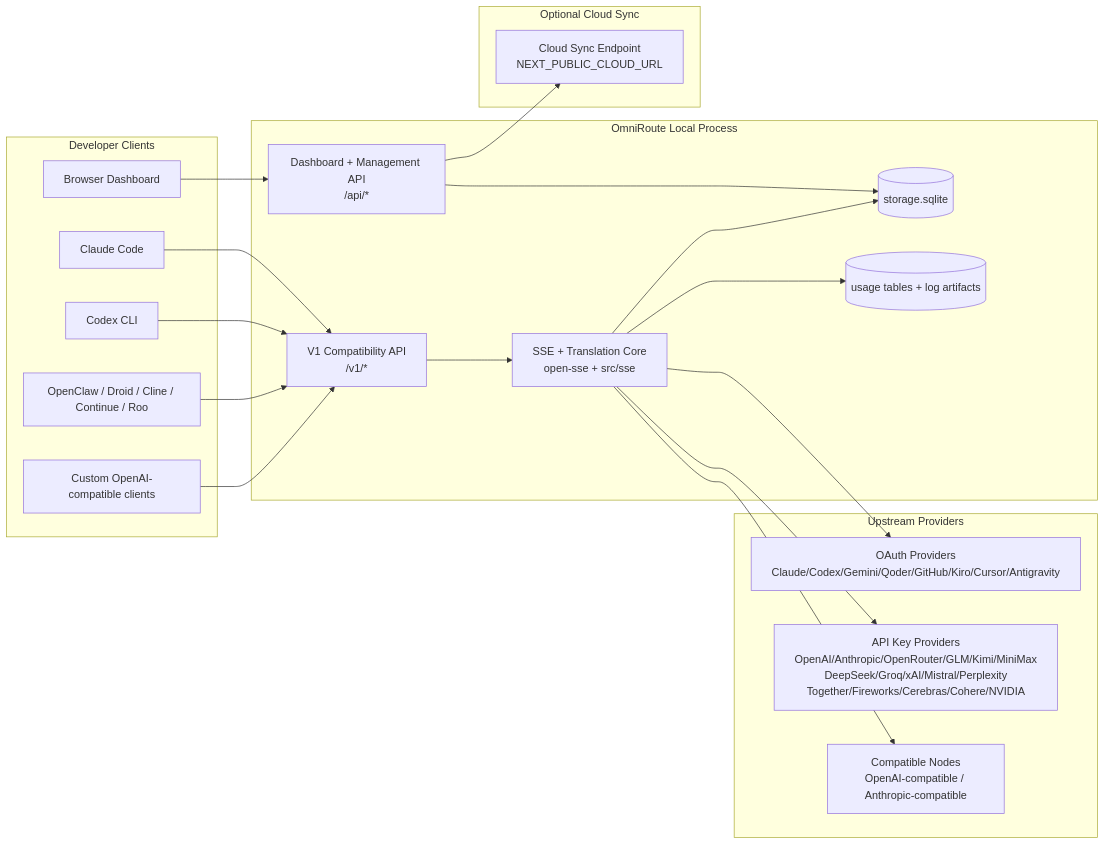
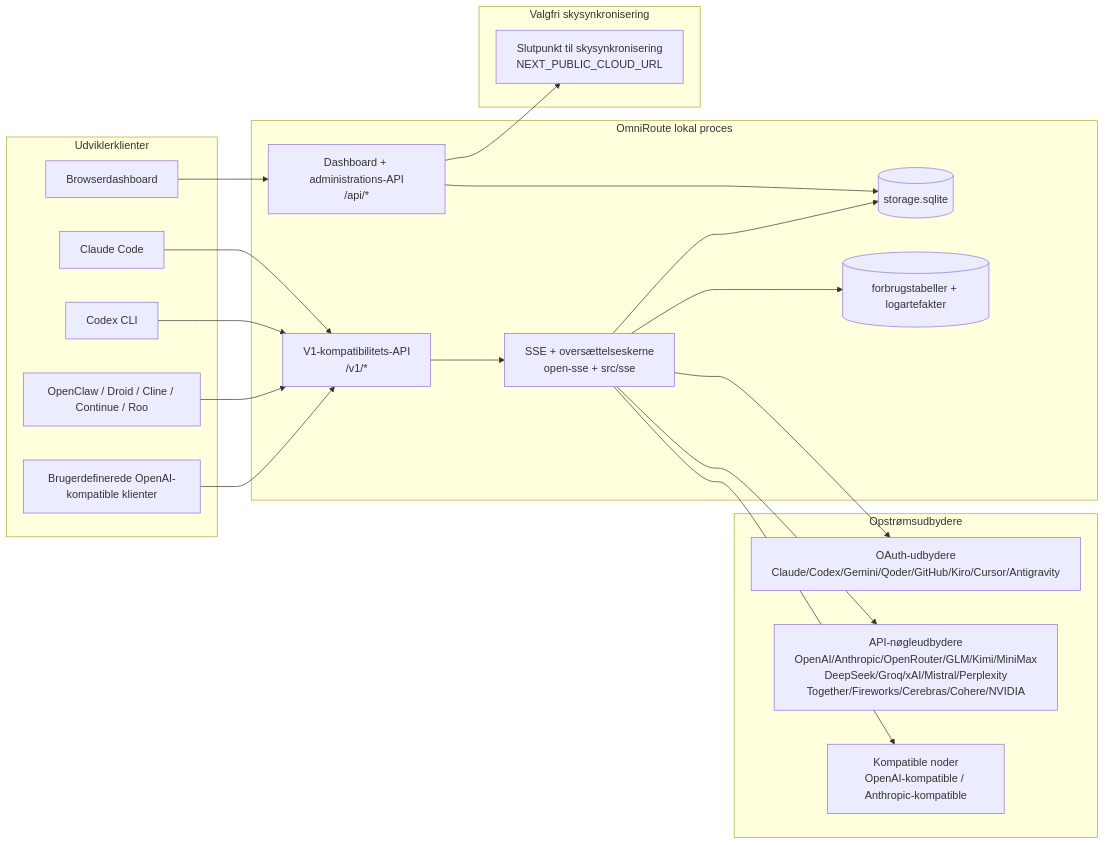
The first of 7 diagrams in docs/i18n/da/docs/architecture/ARCHITECTURE.md (diegosouzapw/OmniRoute), drawn with Mermaid before and after one commit. The commit also changed other lines of this file and 66 other files, not shown here.

Commit message:
docs(i18n): sync docs/architecture/ARCHITECTURE.md mirrors with the base

````diff
--- a/docs/i18n/da/docs/architecture/ARCHITECTURE.md
+++ b/docs/i18n/da/docs/architecture/ARCHITECTURE.md
@@ -157,45 +157,45 @@
 ```mermaid
 flowchart LR
-    subgraph Clients[Developer Clients]
+    subgraph Clients[Udviklerklienter]
         C1[Claude Code]
         C2[Codex CLI]
         C3[OpenClaw / Droid / Cline / Continue / Roo]
-        C4[Custom OpenAI-compatible clients]
-        BROWSER[Browser Dashboard]
+        C4[Brugerdefinerede OpenAI-kompatible klienter]
+        BROWSER[Browserdashboard]
     end
 
-    subgraph Router[OmniRoute Local Process]
-        API[V1 Compatibility API\n/v1/*]
-        DASH[Dashboard + Management API\n/api/*]
-        CORE[SSE + Translation Core\nopen-sse + src/sse]
+    subgraph Router[OmniRoute lokal proces]
+        API[V1-kompatibilitets-API\n/v1/*]
+        DASH[Dashboard + administrations-API\n/api/*]
+        CORE[SSE + oversættelseskerne\nopen-sse + src/sse]
         DB[(storage.sqlite)]
-        UDB[(usage tables + log artifacts)]
+        UDB[(forbrugstabeller + logartefakter)]
     end
 
-    subgraph Upstreams[Upstream Providers]
-        P1[OAuth Providers\nClaude/Codex/Gemini/Qoder/GitHub/Kiro/Cursor/Antigravity]
-        P2[API Key Providers\nOpenAI/Anthropic/OpenRouter/GLM/Kimi/MiniMax\nDeepSeek/Groq/xAI/Mistral/Perplexity\nTogether/Fireworks/Cerebras/Cohere/NVIDIA]
-        P3[Compatible Nodes\nOpenAI-compatible / Anthropic-compatible]
+    subgraph Upstreams[Opstrømsudbydere]
+        P1[OAuth-udbydere\nClaude/Codex/Gemini/Qoder/GitHub/Kiro/Cursor/Antigravity]
+        P2[API-nøgleudbydere\nOpenAI/Anthropic/OpenRouter/GLM/Kimi/MiniMax\nDeepSeek/Groq/xAI/Mistral/Perplexity\nTogether/Fireworks/Cerebras/Cohere/NVIDIA]
+        P3[Kompatible noder\nOpenAI-kompatible / Anthropic-kompatible]
     end
 
-    subgraph Cloud[Optional Cloud Sync]
-        CLOUD[Cloud Sync Endpoint\nNEXT_PUBLIC_CLOUD_URL]
+    subgraph Cloud[Valgfri skysynkronisering]
+        CLOUD[Slutpunkt til skysynkronisering\nNEXT_PUBLIC_CLOUD_URL]
     end
 
     C1 --> API
     C2 --> API
     C3 --> API
     C4 --> API
     BROWSER --> DASH
 
     API --> CORE
     DASH --> DB
     CORE --> DB
     CORE --> UDB
 
     CORE --> P1
     CORE --> P2
     CORE --> P3
 
     DASH --> CLOUD
 ```
````
